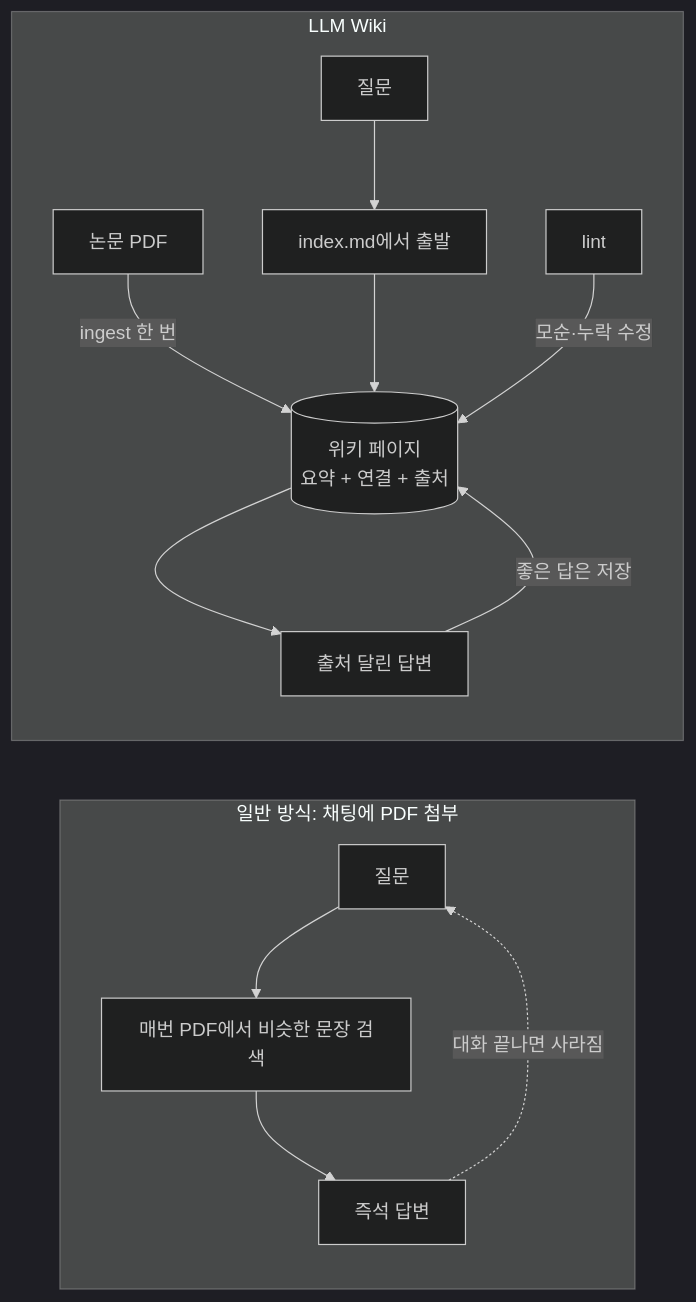
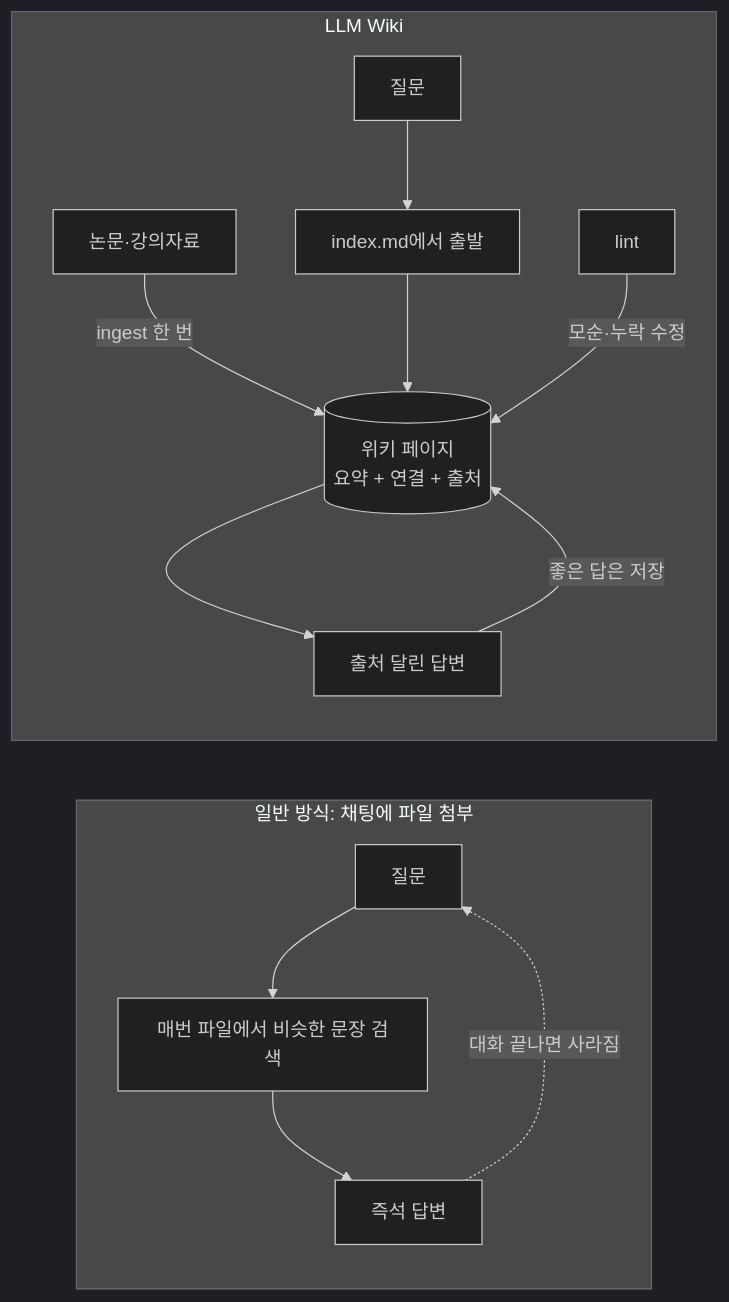
One commit to proton0902/llm-wiki-kit-ChatGPT-Edu changed the diagram in README.md. Above: the diagram before and after it, drawn with Mermaid (dark theme). The commit also changed other lines of this file and 80 other files, not shown here.

````diff
--- a/README.md
+++ b/README.md
@@ -68,13 +89,13 @@
 ```mermaid
 flowchart LR
-  subgraph RAG["일반 방식: 채팅에 PDF 첨부"]
-    A1[질문] --> A2[매번 PDF에서 비슷한 문장 검색] --> A3[즉석 답변]
+  subgraph RAG["일반 방식: 채팅에 파일 첨부"]
+    A1[질문] --> A2[매번 파일에서 비슷한 문장 검색] --> A3[즉석 답변]
     A3 -. 대화 끝나면 사라짐 .-> A1
   end
   subgraph WIKI["LLM Wiki"]
-    B0[논문 PDF] -->|ingest 한 번| B1[(위키 페이지<br/>요약 + 연결 + 출처)]
+    B0[논문·강의자료] -->|ingest 한 번| B1[(위키 페이지<br/>요약 + 연결 + 출처)]
     B2[질문] --> B3[index.md에서 출발] --> B1 --> B4[출처 달린 답변]
     B4 -->|좋은 답은 저장| B1
     B5[lint] -->|모순·누락 수정| B1
   end
 ```
````
